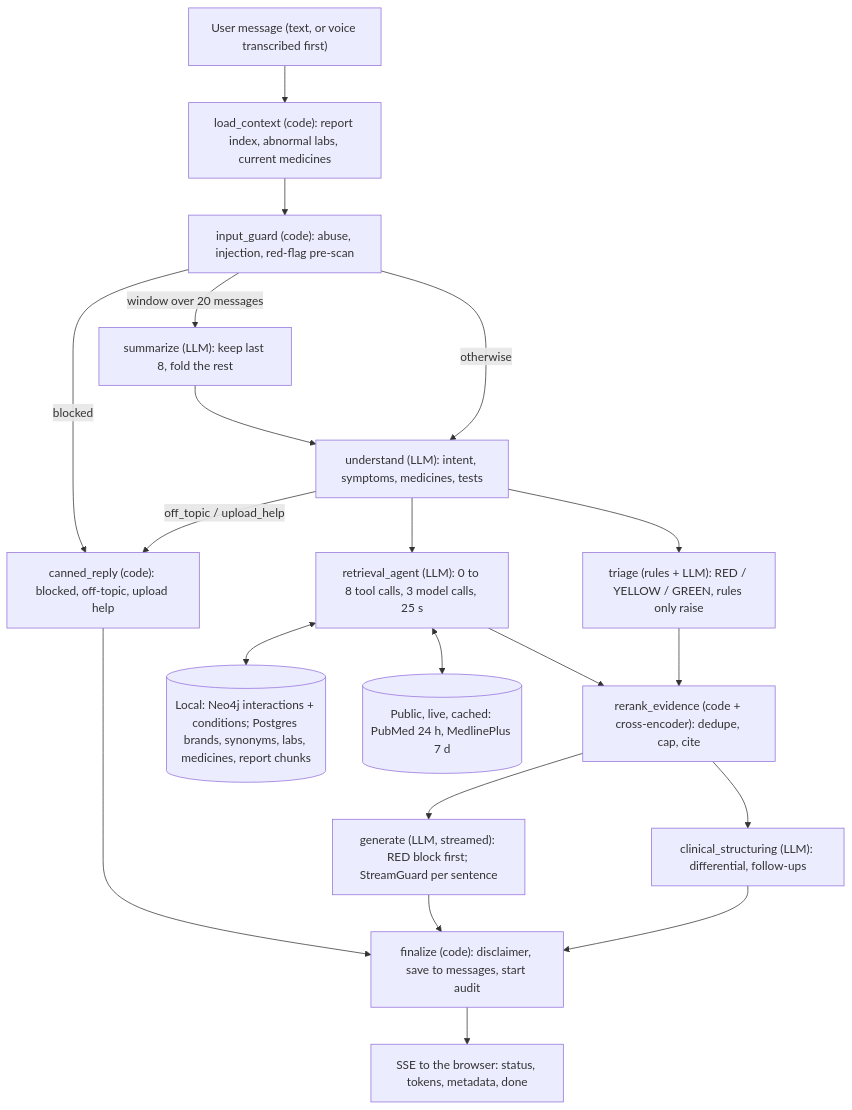
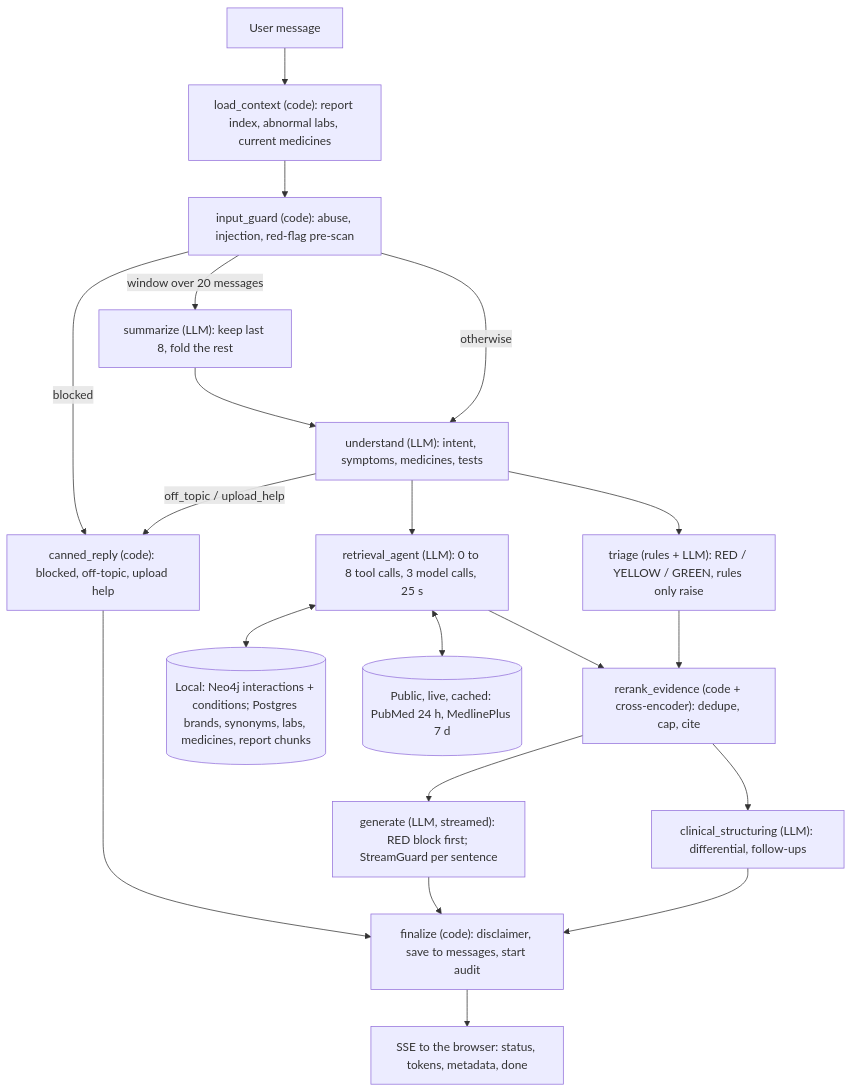
One commit to shaunmarv3/Etheriaa changed the first of 2 diagrams in docs/superpowers/specs/2026-09-28-etheria-v2-design.md. Above: the diagram before and after it, drawn with Mermaid. The commit also changed other lines of this file and 4 other files, not shown here.

````diff
--- a/docs/superpowers/specs/2026-09-28-etheria-v2-design.md
+++ b/docs/superpowers/specs/2026-09-28-etheria-v2-design.md
@@ -254,22 +256,22 @@
 ```mermaid
 flowchart TD
-    msg["User message (text, or voice transcribed first)"] --> load["load_context (code): report index, abnormal labs, current medicines"]
+    msg["User message"] --> load["load_context (code): report index, abnormal labs, current medicines"]
     load --> guard["input_guard (code): abuse, injection, red-flag pre-scan"]
     guard -- blocked --> canned["canned_reply (code): blocked, off-topic, upload help"]
     guard -- window over 20 messages --> summ["summarize (LLM): keep last 8, fold the rest"]
     guard -- otherwise --> und["understand (LLM): intent, symptoms, medicines, tests"]
     summ --> und
     und -- off_topic / upload_help --> canned
     und --> agent["retrieval_agent (LLM): 0 to 8 tool calls, 3 model calls, 25 s"]
     und --> triage["triage (rules + LLM): RED / YELLOW / GREEN, rules only raise"]
     agent <--> local[("Local: Neo4j interactions + conditions; Postgres brands, synonyms, labs, medicines, report chunks")]
     agent <--> public[("Public, live, cached: PubMed 24 h, MedlinePlus 7 d")]
     agent --> rerank["rerank_evidence (code + cross-encoder): dedupe, cap, cite"]
     triage --> rerank
     rerank --> gen["generate (LLM, streamed): RED block first; StreamGuard per sentence"]
     rerank --> clin["clinical_structuring (LLM): differential, follow-ups"]
     gen --> fin["finalize (code): disclaimer, save to messages, start audit"]
     clin --> fin
     canned --> fin
     fin --> reply["SSE to the browser: status, tokens, metadata, done"]
 ```
````
